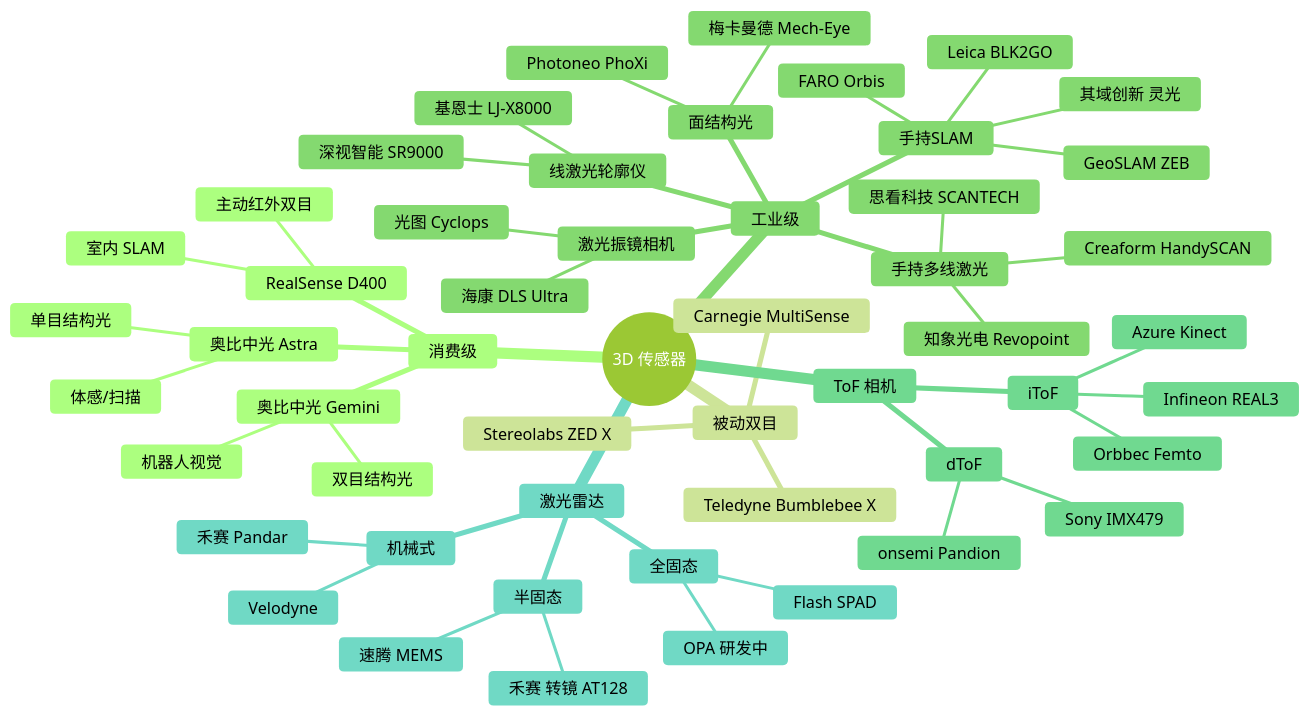
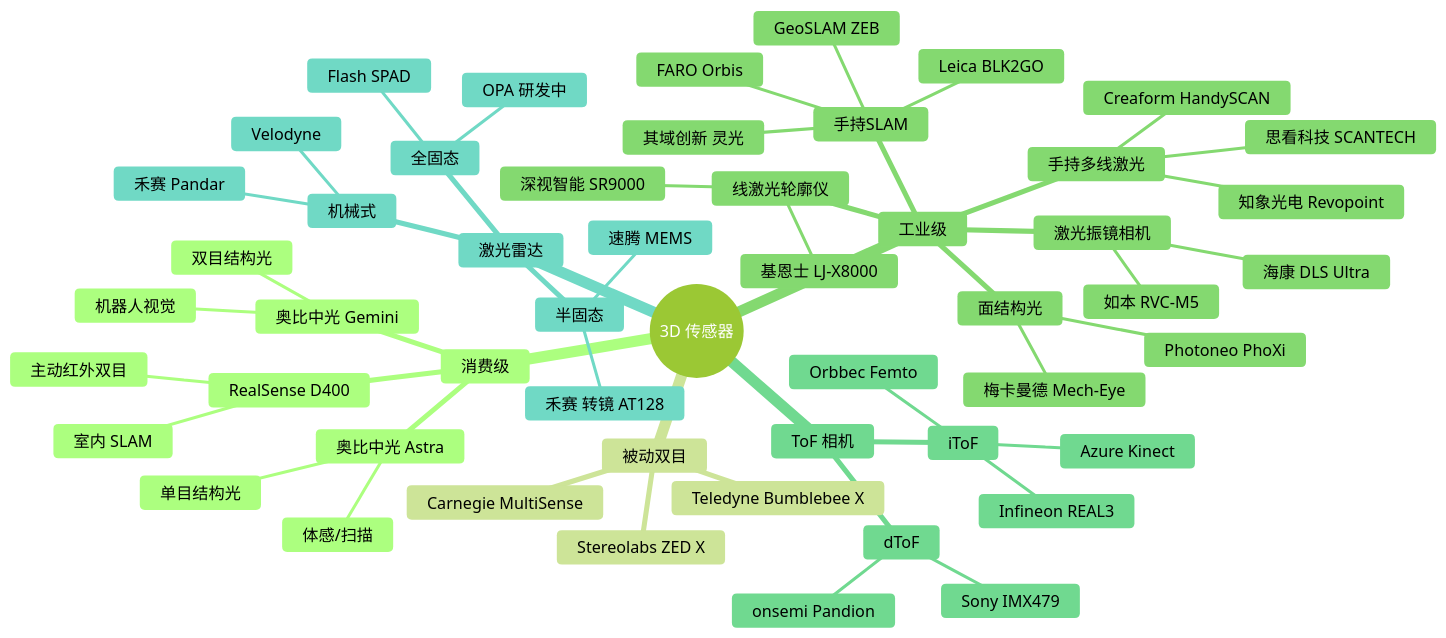
Before and after one commit to dull-bird/book_3d_cv: the first of 3 diagrams in src/00_basics/07_3d_cameras.md, drawn with Mermaid (forest theme). The commit also changed other lines of this file, not shown here.

First line of the commit message:
fix: 传感器章节通顺性修复 + 线激光Scheimpflug原理 + 光图换如本

````diff
--- a/src/00_basics/07_3d_cameras.md
+++ b/src/00_basics/07_3d_cameras.md
@@ -55,55 +57,55 @@
 ```mermaid
 mindmap
   root((3D 传感器))
     消费级
       RealSense D400
         主动红外双目
         室内 SLAM
       奥比中光 Astra
         单目结构光
         体感/扫描
       奥比中光 Gemini
         双目结构光
         机器人视觉
     被动双目
       Stereolabs ZED X
       Teledyne Bumblebee X
       Carnegie MultiSense
     工业级
       线激光轮廓仪
         基恩士 LJ-X8000
         深视智能 SR9000
       面结构光
         Photoneo PhoXi
         梅卡曼德 Mech-Eye
       激光振镜相机
         海康 DLS Ultra
-        光图 Cyclops
+        如本 RVC-M5
       手持多线激光
         Creaform HandySCAN
         知象光电 Revopoint
         思看科技 SCANTECH
       手持SLAM
         GeoSLAM ZEB
         FARO Orbis
         Leica BLK2GO
         其域创新 灵光
     ToF 相机
       iToF
         Infineon REAL3
         Azure Kinect
         Orbbec Femto
       dToF
         Sony IMX479
         onsemi Pandion
     激光雷达
       机械式
         Velodyne
         禾赛 Pandar
       半固态
         速腾 MEMS
         禾赛 转镜 AT128
       全固态
         Flash SPAD
         OPA 研发中
 ```
````
